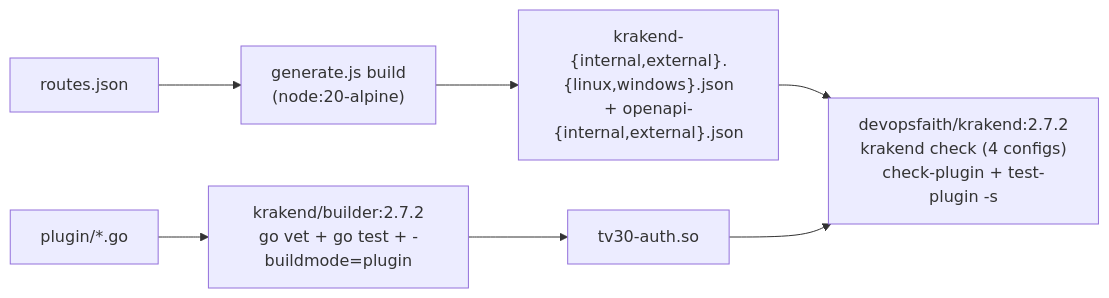
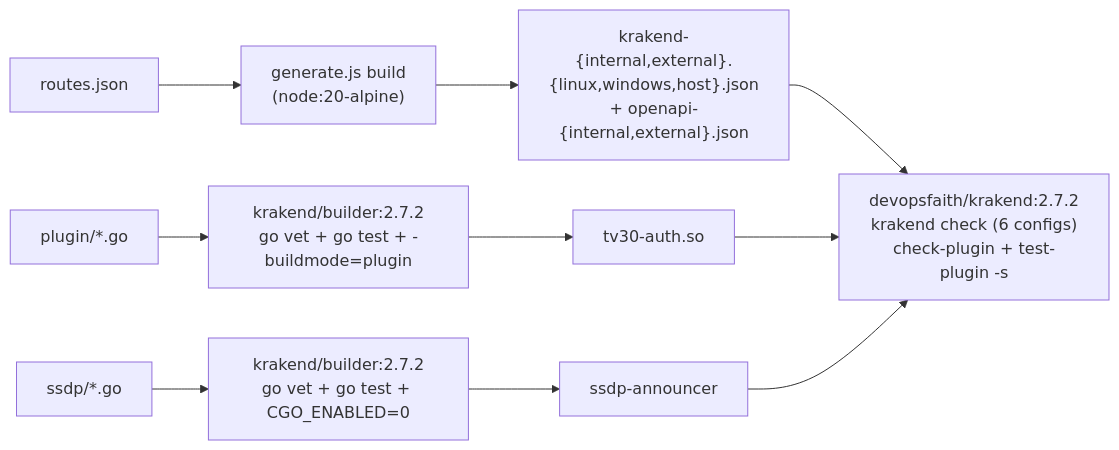
Before and after one commit to multisens/Infra: the second of 2 diagrams in docs/04-pipeline-http.md, drawn with Mermaid. The commit also changed other lines of this file and 12 other files, not shown here.

Commit message:
feat: a borda anuncia o SSDP (anunciante Go e variante host)

````diff
--- a/docs/04-pipeline-http.md
+++ b/docs/04-pipeline-http.md
@@ -47,9 +48,12 @@
 ```mermaid
 flowchart LR
     RJ["routes.json"] --> GEN["generate.js build<br/>(node:20-alpine)"]
-    GEN --> CFG["krakend-{internal,external}.{linux,windows}.json<br/>+ openapi-{internal,external}.json"]
+    GEN --> CFG["krakend-{internal,external}.{linux,windows,host}.json<br/>+ openapi-{internal,external}.json"]
     SRC["plugin/*.go"] --> B["krakend/builder:2.7.2<br/>go vet + go test + -buildmode=plugin"]
     B --> SO["tv30-auth.so"]
-    CFG --> IMG["devopsfaith/krakend:2.7.2<br/>krakend check (4 configs)<br/>check-plugin + test-plugin -s"]
+    SSRC["ssdp/*.go"] --> SB["krakend/builder:2.7.2<br/>go vet + go test + CGO_ENABLED=0"]
+    SB --> SBIN["ssdp-announcer"]
+    CFG --> IMG["devopsfaith/krakend:2.7.2<br/>krakend check (6 configs)<br/>check-plugin + test-plugin -s"]
     SO --> IMG
+    SBIN --> IMG
 ```
````
